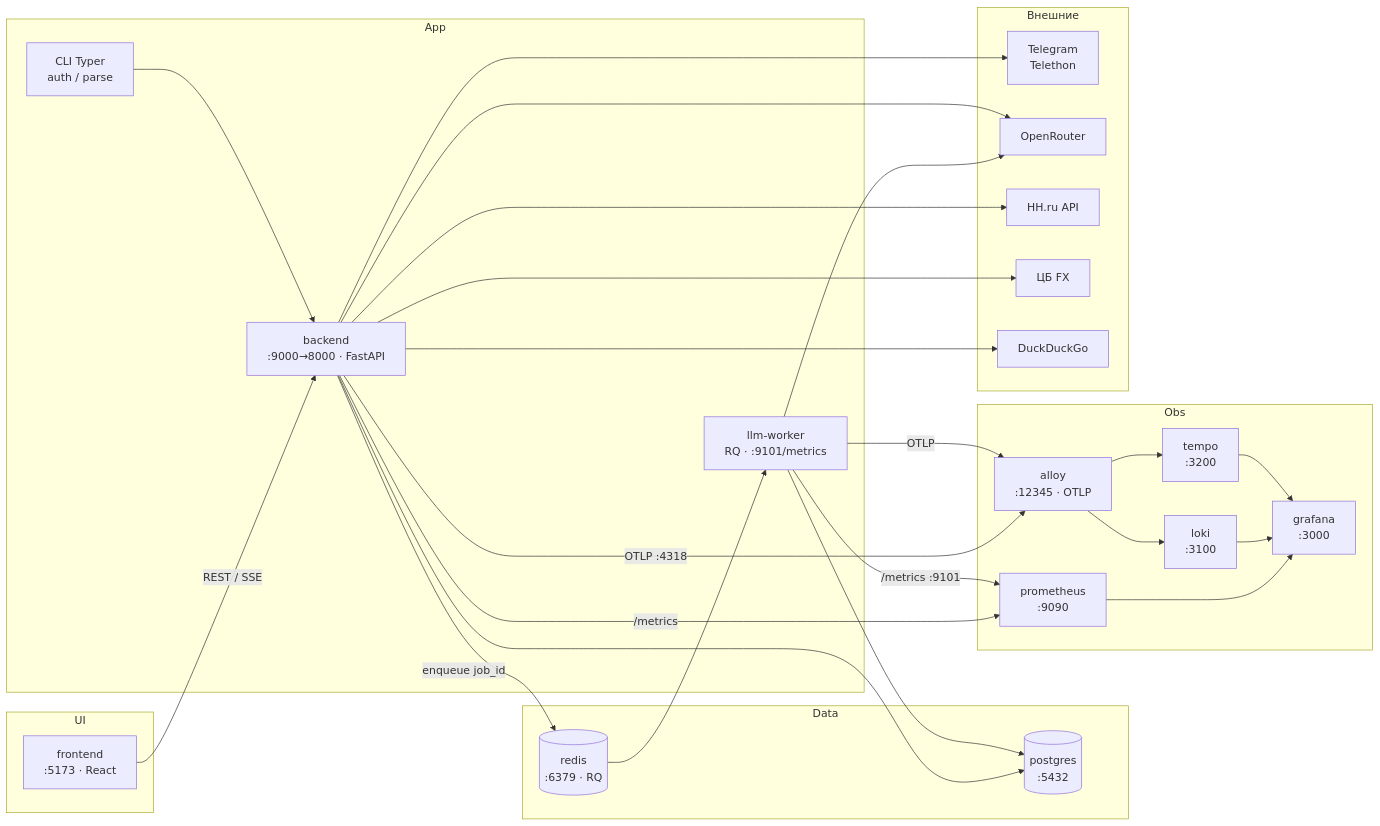
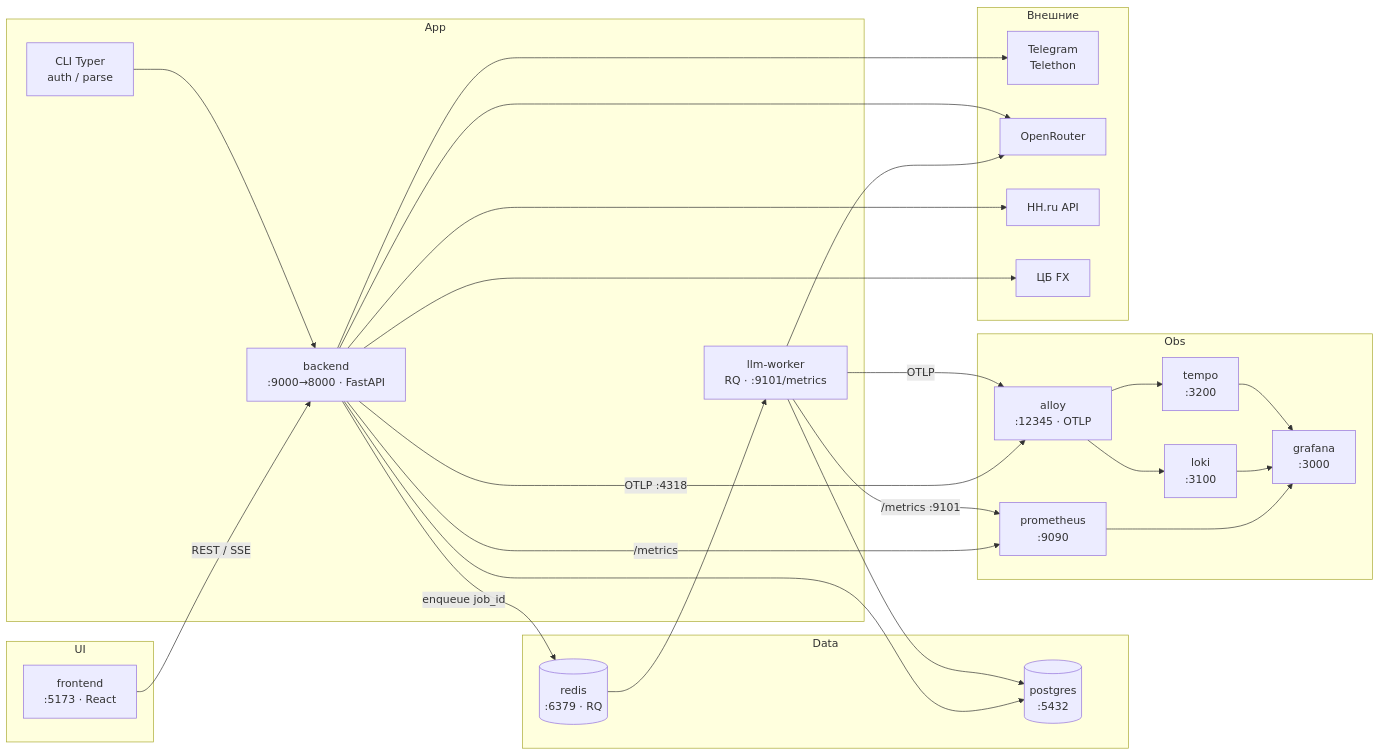
The diagram in docs/architecture/architecture-by-services.md (Kickgodx/tg-channels-vacancy-parser), drawn with Mermaid before and after one commit. The commit also changed 10 other files, not shown here.

````diff
--- a/docs/architecture/architecture-by-services.md
+++ b/docs/architecture/architecture-by-services.md
@@ -5,55 +5,53 @@
 ```mermaid
 flowchart LR
   subgraph UI
     FE["frontend<br/>:5173 · React"]
   end
 
   subgraph App
     BE["backend<br/>:9000→8000 · FastAPI"]
     W["llm-worker<br/>RQ · :9101/metrics"]
     CLI["CLI Typer<br/>auth / parse"]
   end
 
   subgraph Data
     PG[("postgres<br/>:5432")]
     RD[("redis<br/>:6379 · RQ")]
   end
 
   subgraph Obs
     PROM["prometheus<br/>:9090"]
     ALLOY["alloy<br/>:12345 · OTLP"]
     LOKI["loki<br/>:3100"]
     TEMPO["tempo<br/>:3200"]
     GRAF["grafana<br/>:3000"]
   end
 
   subgraph Ext["Внешние"]
     TG["Telegram<br/>Telethon"]
     OR["OpenRouter"]
     HH["HH.ru API"]
     CBR["ЦБ FX"]
-    DDG["DuckDuckGo"]
   end
 
   FE -->|"REST / SSE"| BE
   CLI --> BE
   BE --> PG
   BE -->|enqueue job_id| RD
   RD --> W
   W --> PG
   W --> OR
   BE --> TG
   BE --> OR
   BE --> HH
   BE --> CBR
-  BE --> DDG
   BE -->|"/metrics"| PROM
   W -->|"/metrics :9101"| PROM
   BE -->|"OTLP :4318"| ALLOY
   W -->|"OTLP"| ALLOY
   ALLOY --> LOKI
   ALLOY --> TEMPO
   PROM --> GRAF
   LOKI --> GRAF
   TEMPO --> GRAF
 ```
````
